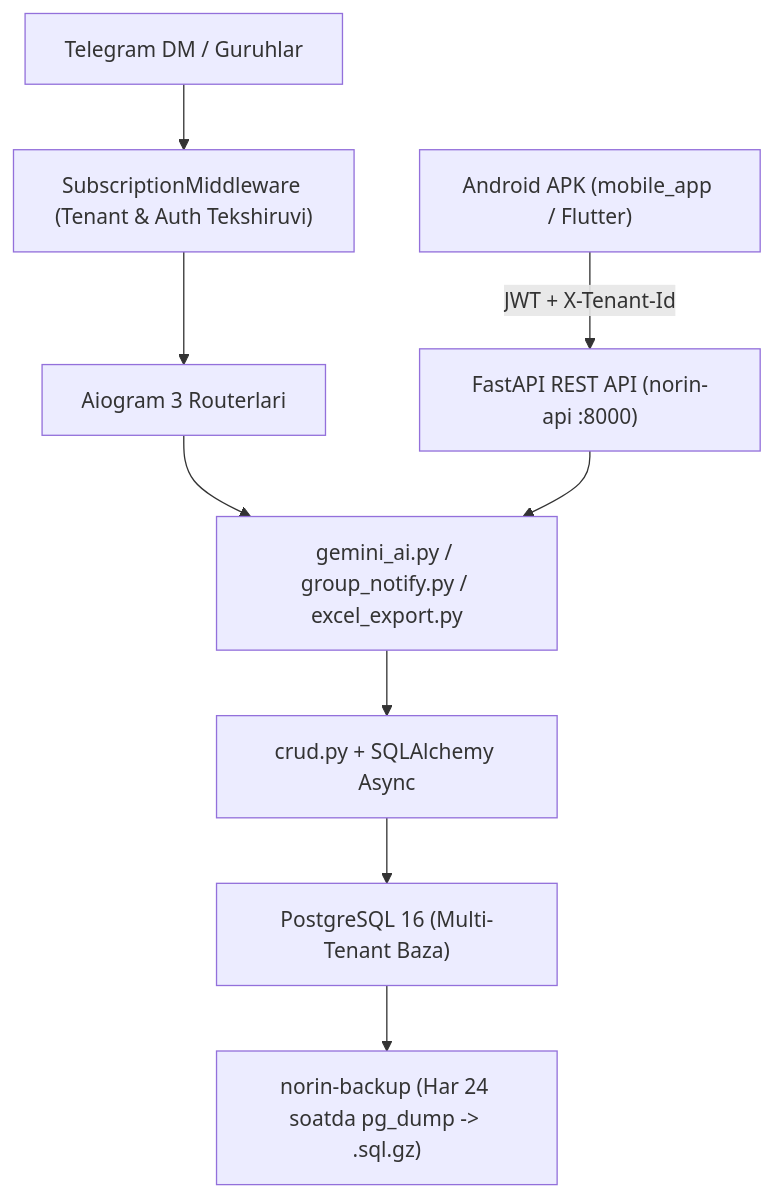
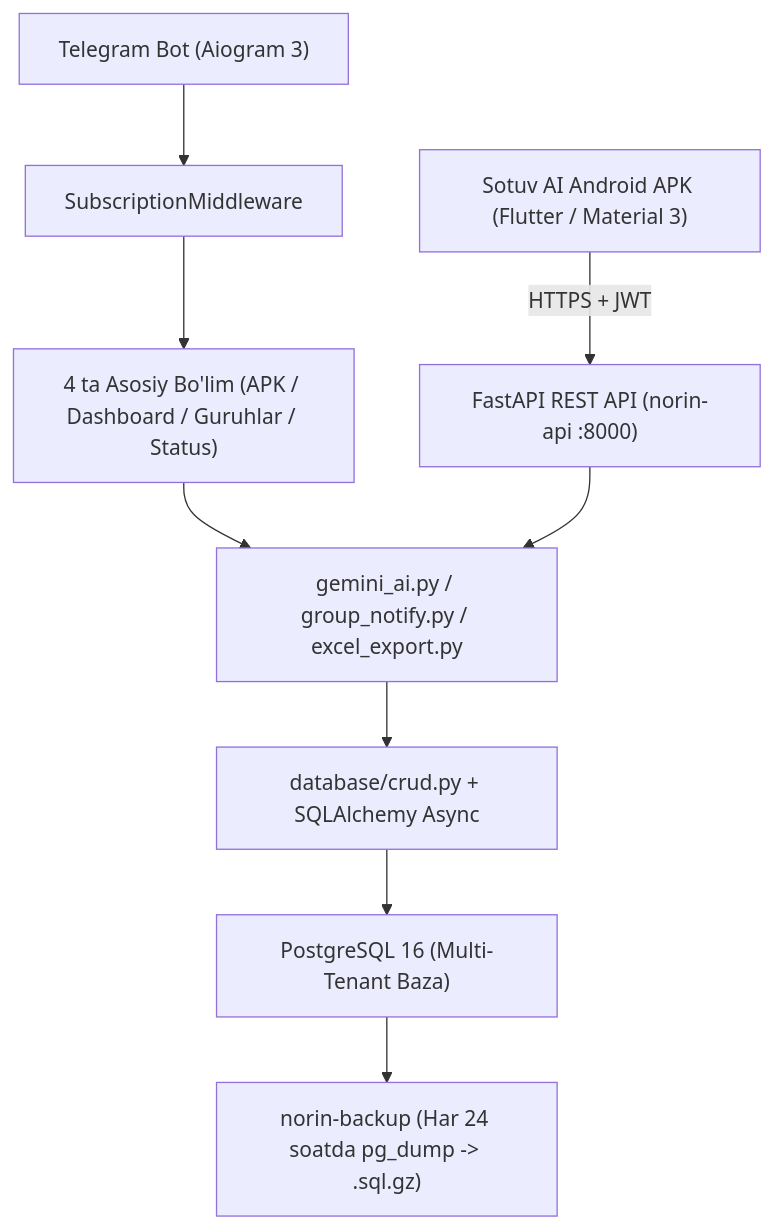
Before and after one commit to SunnatDevPy/Norin_ai_hisobot: the diagram in README.md, drawn with Mermaid. The commit also changed other lines of this file and 13 other files, not shown here.

````diff
--- a/README.md
+++ b/README.md
@@ -77,10 +64,10 @@
 ```mermaid
 flowchart TD
-    U["Telegram DM / Guruhlar"] --> MW["SubscriptionMiddleware (Tenant & Auth Tekshiruvi)"]
-    APP["Android APK (mobile_app / Flutter)"] -->|JWT + X-Tenant-Id| API["FastAPI REST API (norin-api :8000)"]
-    MW --> R["Aiogram 3 Routerlari"]
-    R & API --> SN["gemini_ai.py / group_notify.py / excel_export.py"]
-    SN --> DB["crud.py + SQLAlchemy Async"]
+    APP["Sotuv AI Android APK (Flutter / Material 3)"] -->|HTTPS + JWT| API["FastAPI REST API (norin-api :8000)"]
+    TG["Telegram Bot (Aiogram 3)"] --> MW["SubscriptionMiddleware"]
+    MW --> R["4 ta Asosiy Bo'lim (APK / Dashboard / Guruhlar / Status)"]
+    R & API --> SVC["gemini_ai.py / group_notify.py / excel_export.py"]
+    SVC --> DB["database/crud.py + SQLAlchemy Async"]
     DB --> PG["PostgreSQL 16 (Multi-Tenant Baza)"]
     PG --> BK["norin-backup (Har 24 soatda pg_dump -> .sql.gz)"]
 ```
````
